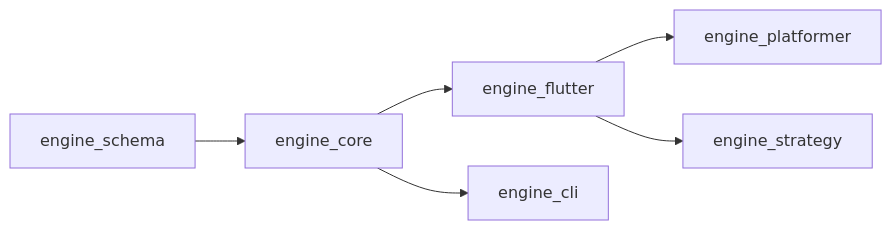
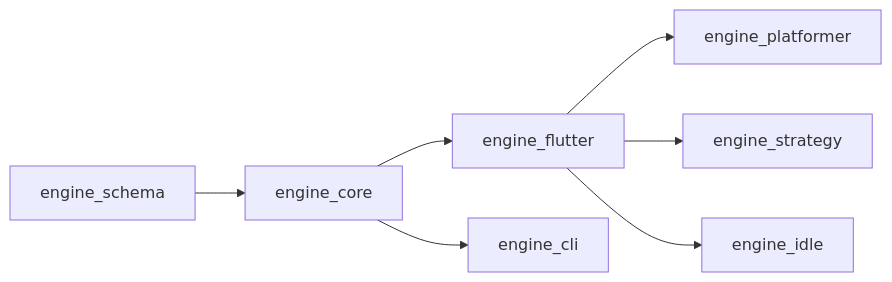
The first of 4 diagrams in docs/concepts/architecture.md (arashrasoulzadeh/agentic-game-engine), drawn with Mermaid before and after one commit. The commit also changed 15 other files, not shown here.

First line of the commit message:
Scaffold the engine_idle package (CI, docs workflow, package maps)

````diff
--- a/docs/concepts/architecture.md
+++ b/docs/concepts/architecture.md
@@ -10,8 +10,9 @@
 ```mermaid
 flowchart LR
     schema[engine_schema] --> core[engine_core]
     core --> flutter[engine_flutter]
     flutter --> platformer[engine_platformer]
     flutter --> strategy[engine_strategy]
+    flutter --> idle[engine_idle]
     core --> cli[engine_cli]
 ```
````
